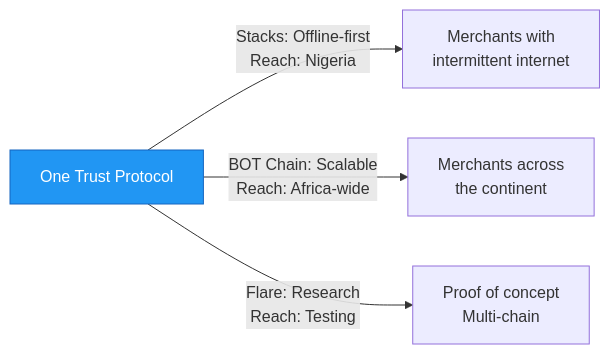
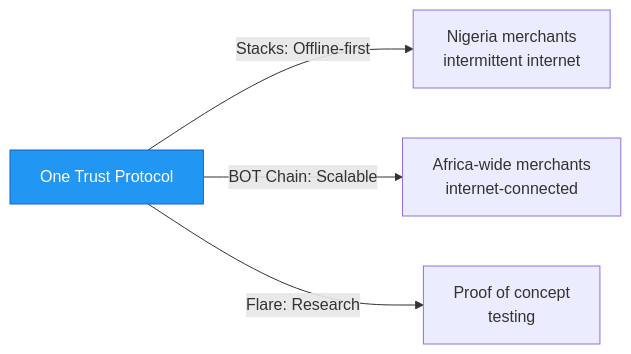
One commit to rogersterkaa/stacksBit-flare changed the eighth of 8 diagrams in README.md. Above: the diagram before and after it, drawn with Mermaid. The commit also changed other lines of this file, not shown here.

Commit message:
docs: clean final README - Mermaid diagrams, no duplicates, professional GitHub rendering

````diff
--- a/README.md
+++ b/README.md
@@ -654,12 +227,12 @@
 ```mermaid
 graph LR
     A["One Trust Protocol"] 
     
-    A -->|"Stacks: Offline-first<br/>Reach: Nigeria"| B["Merchants with<br/>intermittent internet"]
+    A -->|"Stacks: Offline-first"| B["Nigeria merchants<br/>intermittent internet"]
     
-    A -->|"BOT Chain: Scalable<br/>Reach: Africa-wide"| C["Merchants across<br/>the continent"]
+    A -->|"BOT Chain: Scalable"| C["Africa-wide merchants<br/>internet-connected"]
     
-    A -->|"Flare: Research<br/>Reach: Testing"| D["Proof of concept<br/>Multi-chain"]
+    A -->|"Flare: Research"| D["Proof of concept<br/>testing"]
     
     style A fill:#2196F3,stroke:#1565C0,color:#fff
 ```
````
